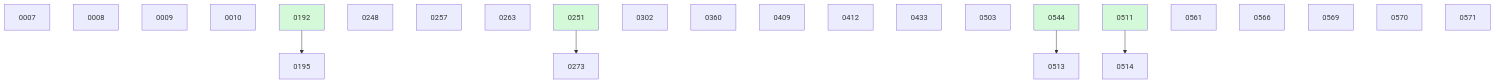
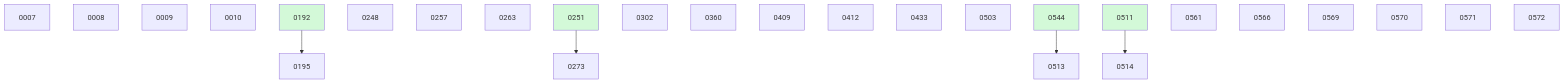
Before and after one commit to danielhanold/docket: the diagram in docs/changes/BOARD.md, drawn with Mermaid. The commit also changed other lines of this file and 1 other file, not shown here.

````diff
--- a/docs/changes/BOARD.md
+++ b/docs/changes/BOARD.md
@@ -42,30 +43,31 @@
 ```mermaid
 graph TD
   0007
   0008
   0009
   0010
   0192 --> 0195
   0248
   0257
   0263
   0251 --> 0273
   0302
   0360
   0409
   0412
   0433
   0503
   0544 --> 0513
   0511 --> 0514
   0561
   0566
   0569
   0570
   0571
+  0572
   0192:::done
   0251:::done
   0511:::done
   0544:::done
   classDef done fill:#d3f9d8;
 ```
````
